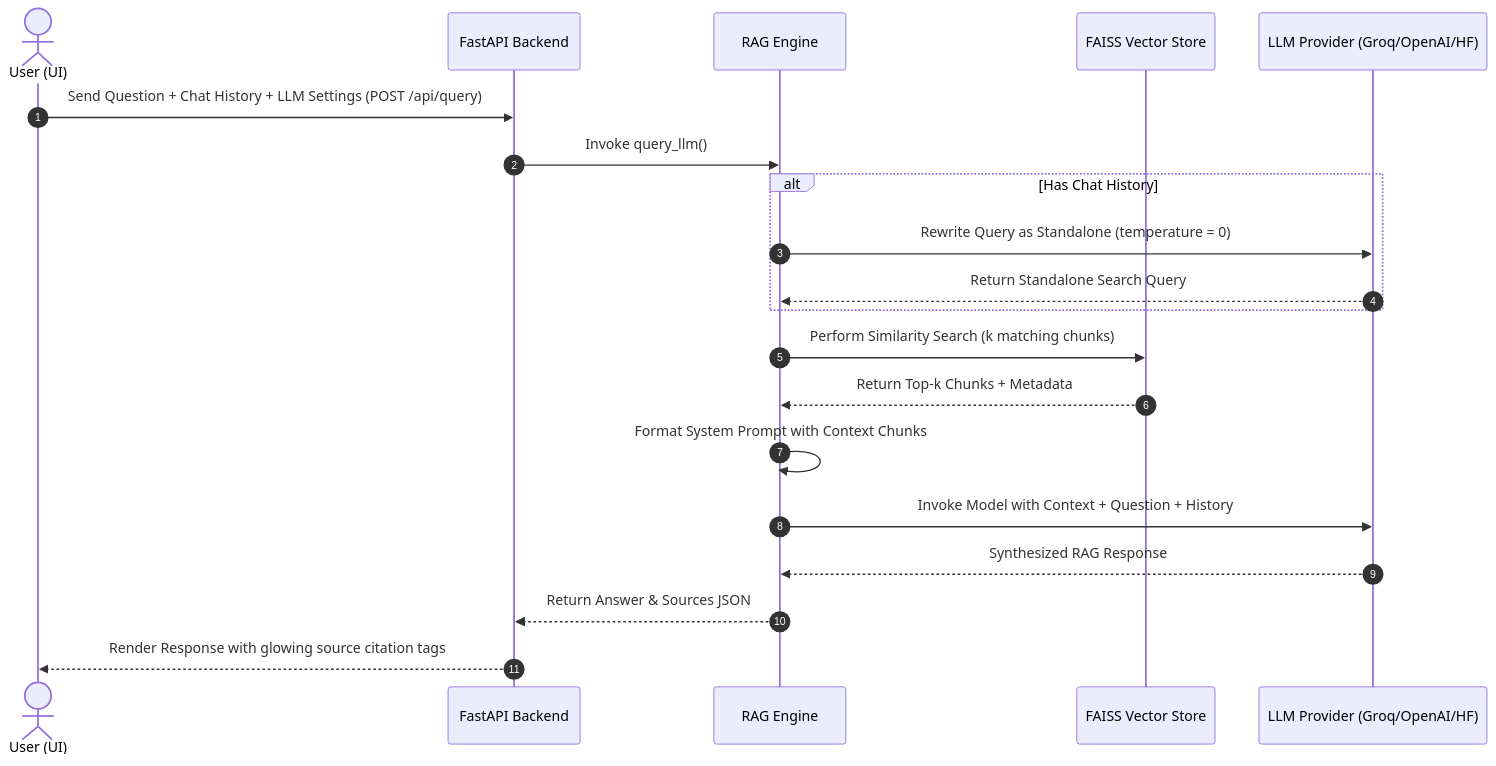
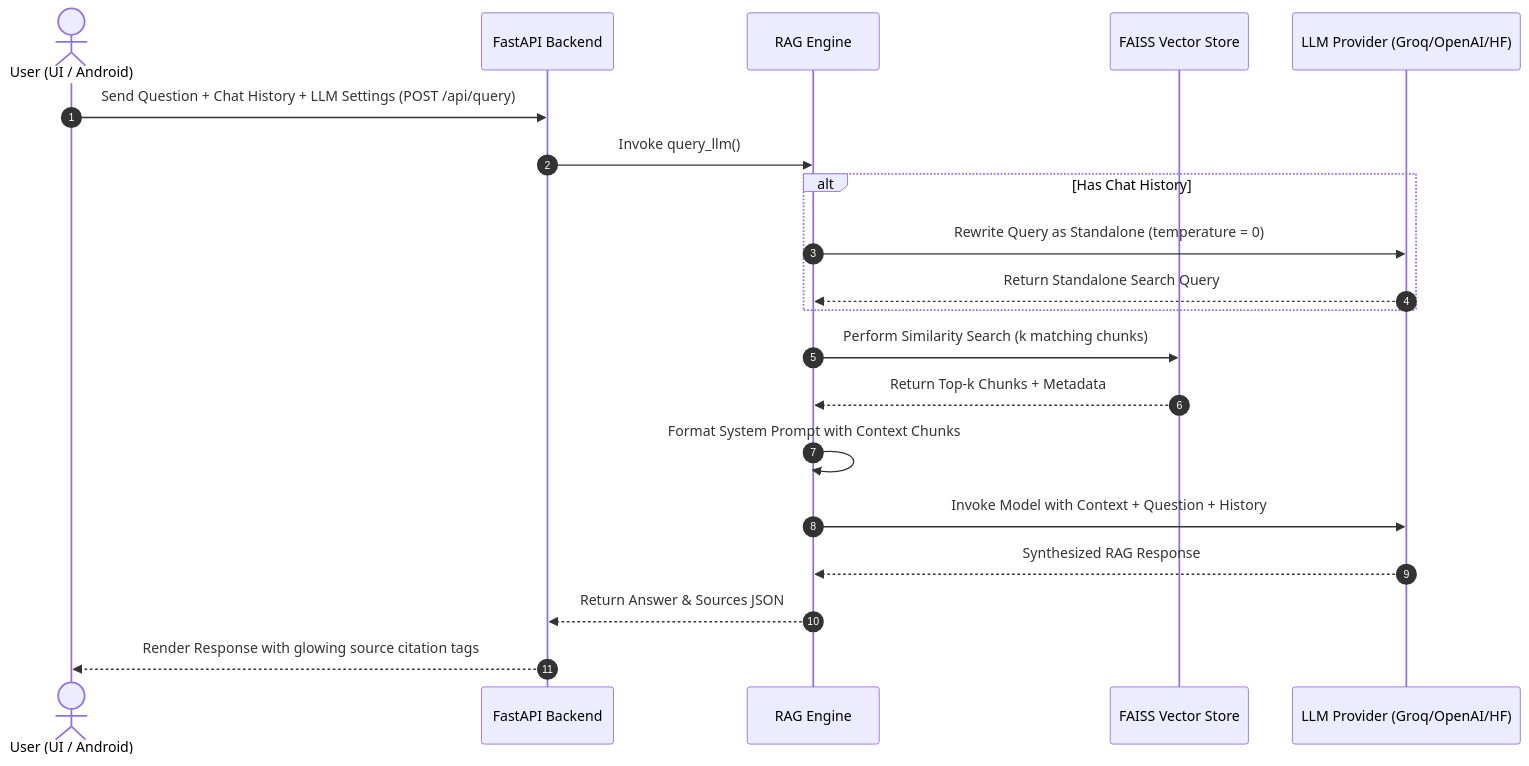
One commit to udityamerit/NeuroLens-Knowledge-Retrieval-Engine changed the second of 2 diagrams in README.md. Above: the diagram before and after it, drawn with Mermaid. The commit also changed other lines of this file, not shown here.

Commit message:
docs: Update README with Android app section and download link

````diff
--- a/README.md
+++ b/README.md
@@ -83,23 +146,23 @@
 ```mermaid
 sequenceDiagram
     autonumber
-    actor User as User (UI)
+    actor User as User (UI / Android)
     participant API as FastAPI Backend
     participant RAG as RAG Engine
     participant VS as FAISS Vector Store
     participant LLM as LLM Provider (Groq/OpenAI/HF)
 
     User->>API: Send Question + Chat History + LLM Settings (POST /api/query)
     API->>RAG: Invoke query_llm()
     alt Has Chat History
         RAG->>LLM: Rewrite Query as Standalone (temperature = 0)
         LLM-->>RAG: Return Standalone Search Query
     end
     RAG->>VS: Perform Similarity Search (k matching chunks)
     VS-->>RAG: Return Top-k Chunks + Metadata
     RAG->>RAG: Format System Prompt with Context Chunks
     RAG->>LLM: Invoke Model with Context + Question + History
     LLM-->>RAG: Synthesized RAG Response
     RAG-->>API: Return Answer & Sources JSON
     API-->>User: Render Response with glowing source citation tags
 ```
````
